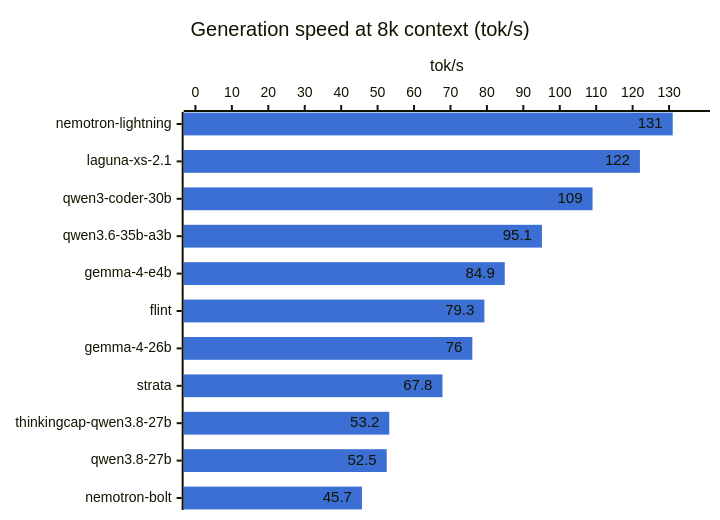
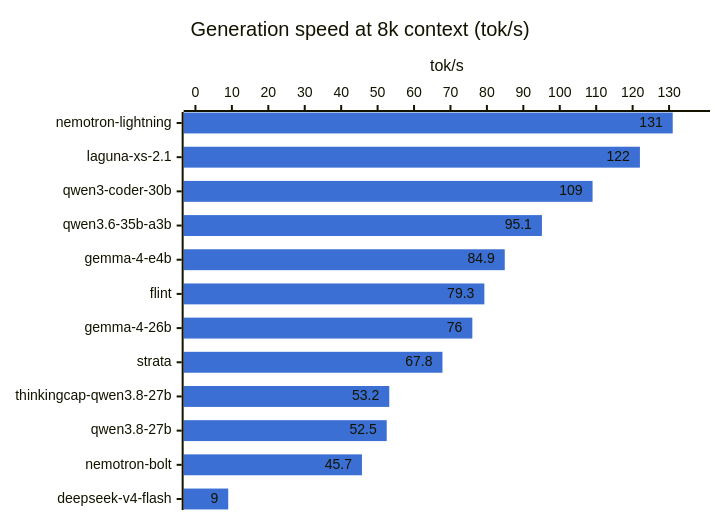
Before and after one commit to hofftodd/ai-bench: the third of 3 diagrams in RESULTS.md, drawn with Mermaid. The commit also changed other lines of this file and 8 other files, not shown here.

````diff
--- a/RESULTS.md
+++ b/RESULTS.md
@@ -50,8 +51,8 @@
 ```mermaid
 %%{init: {"xyChart": {"showDataLabel": true}, "themeVariables": {"xyChart": {"plotColorPalette": "#3b6fd4"}}}}%%
 xychart-beta horizontal
     title "Generation speed at 8k context (tok/s)"
-    x-axis ["nemotron-lightning", "laguna-xs-2.1", "qwen3-coder-30b", "qwen3.6-35b-a3b", "gemma-4-e4b", "flint", "gemma-4-26b", "strata", "thinkingcap-qwen3.8-27b", "qwen3.8-27b", "nemotron-bolt"]
+    x-axis ["nemotron-lightning", "laguna-xs-2.1", "qwen3-coder-30b", "qwen3.6-35b-a3b", "gemma-4-e4b", "flint", "gemma-4-26b", "strata", "thinkingcap-qwen3.8-27b", "qwen3.8-27b", "nemotron-bolt", "deepseek-v4-flash"]
     y-axis "tok/s" 0 --> 138
-    bar [131.0, 122.0, 109.0, 95.1, 84.9, 79.3, 76.0, 67.8, 53.2, 52.5, 45.7]
+    bar [131.0, 122.0, 109.0, 95.1, 84.9, 79.3, 76.0, 67.8, 53.2, 52.5, 45.7, 9.0]
 ```
````
